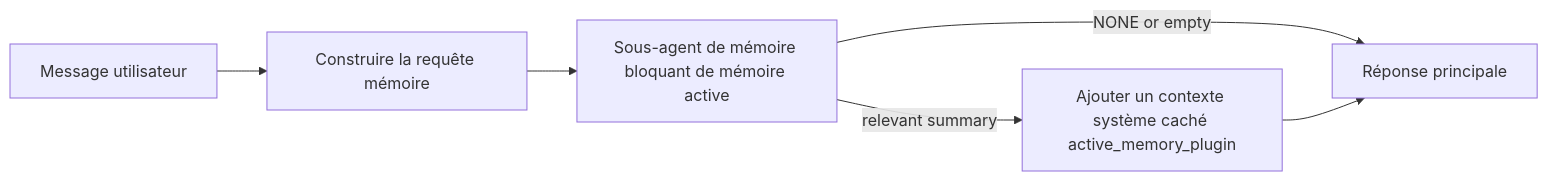
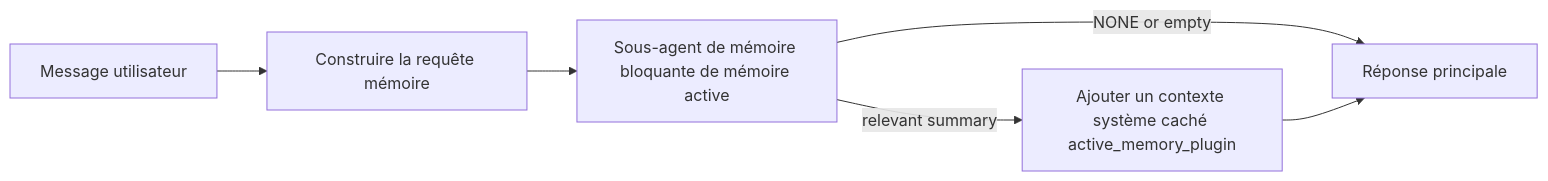
One commit to openclaw/docs changed the diagram in docs/fr/concepts/active-memory.md. Above: the diagram before and after it, drawn with Mermaid. The commit also changed other lines of this file and 7 other files, not shown here.

````diff
--- a/docs/fr/concepts/active-memory.md
+++ b/docs/fr/concepts/active-memory.md
@@ -284,8 +284,8 @@
 ```mermaid
 flowchart LR
   U["Message utilisateur"] --> Q["Construire la requête mémoire"]
-  Q --> R["Sous-agent de mémoire bloquant de mémoire active"]
+  Q --> R["Sous-agent de mémoire bloquante de mémoire active"]
   R -->|NONE or empty| M["Réponse principale"]
   R -->|relevant summary| I["Ajouter un contexte système caché active_memory_plugin"]
   I --> M["Réponse principale"]
 ```
````
